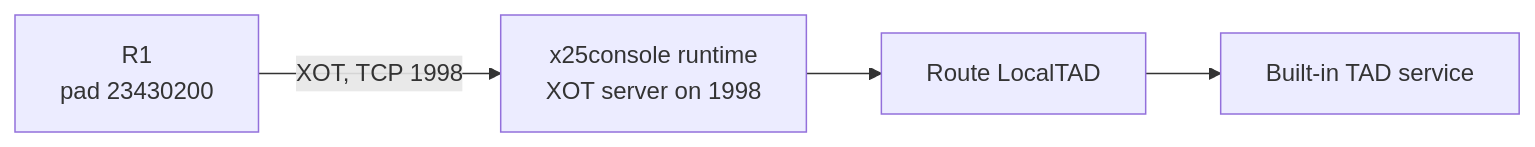
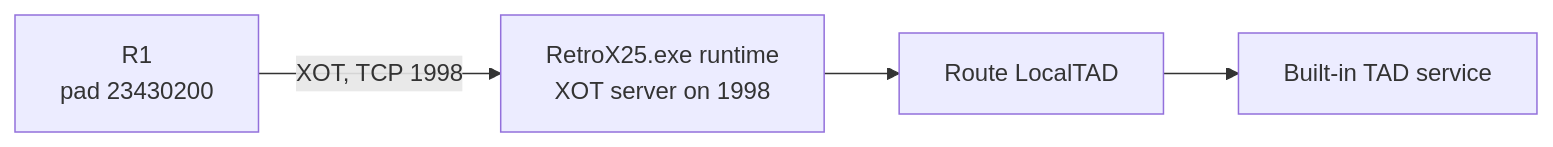
Diagram 12 of 13 in src/docs/cisco-gns3-xot-test.md (RetroCoreLabs/RetroX25), drawn with Mermaid before and after one commit. The commit also changed other lines of this file and 10 other files, not shown here.

Commit message:
Docs and plan: XOT peers, cross-environment tests, trunk links, telnet PAD

````diff
--- a/src/docs/cisco-gns3-xot-test.md
+++ b/src/docs/cisco-gns3-xot-test.md
@@ -644,5 +791,5 @@
 ```mermaid
 flowchart LR
-    R1["R1<br/>pad 23430200"] -- "XOT, TCP 1998" --> RT["x25console runtime<br/>XOT server on 1998"]
+    R1["R1<br/>pad 23430200"] -- "XOT, TCP 1998" --> RT["RetroX25.exe runtime<br/>XOT server on 1998"]
     RT --> RTE["Route LocalTAD"] --> TAD["Built-in TAD service"]
 ```
````
